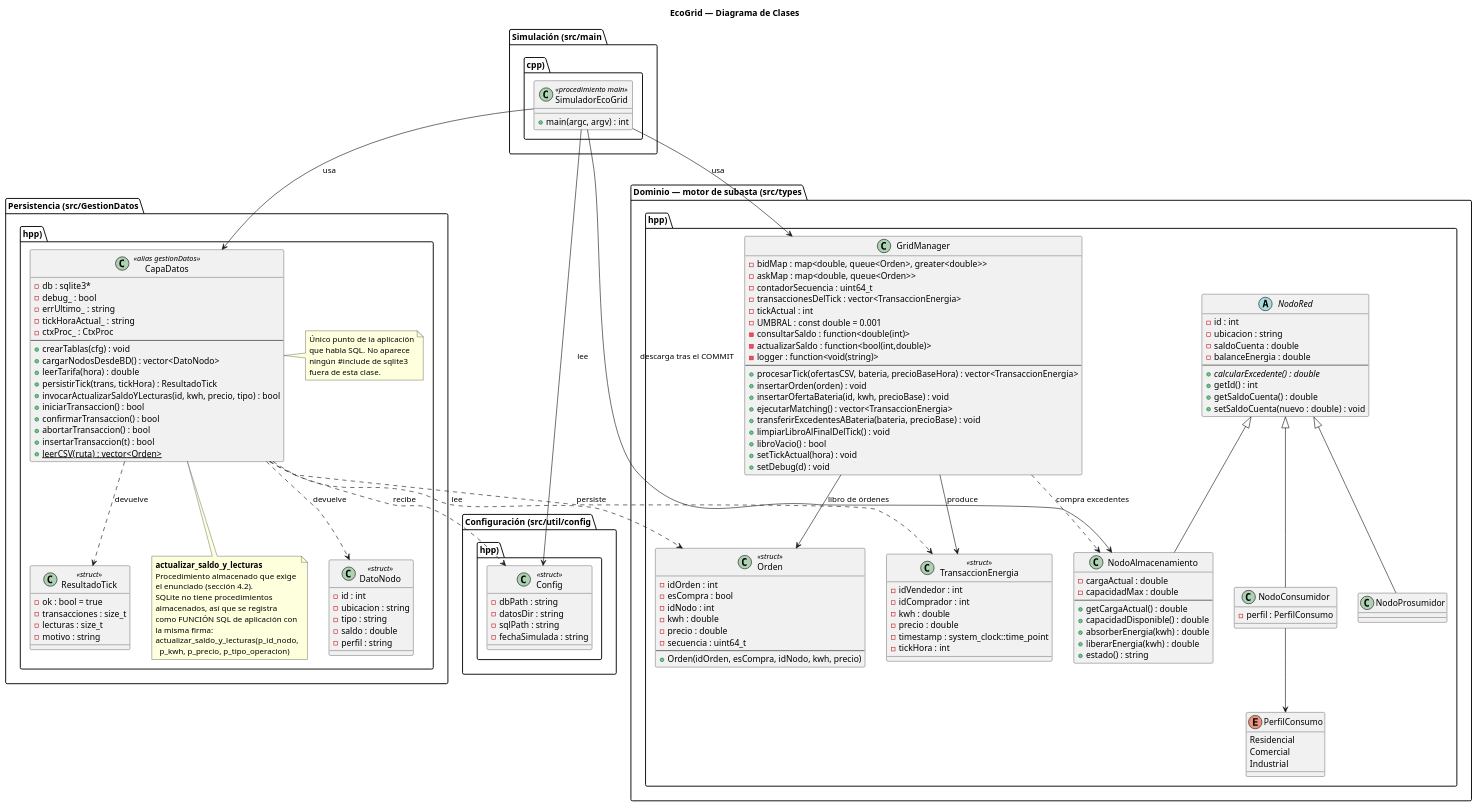
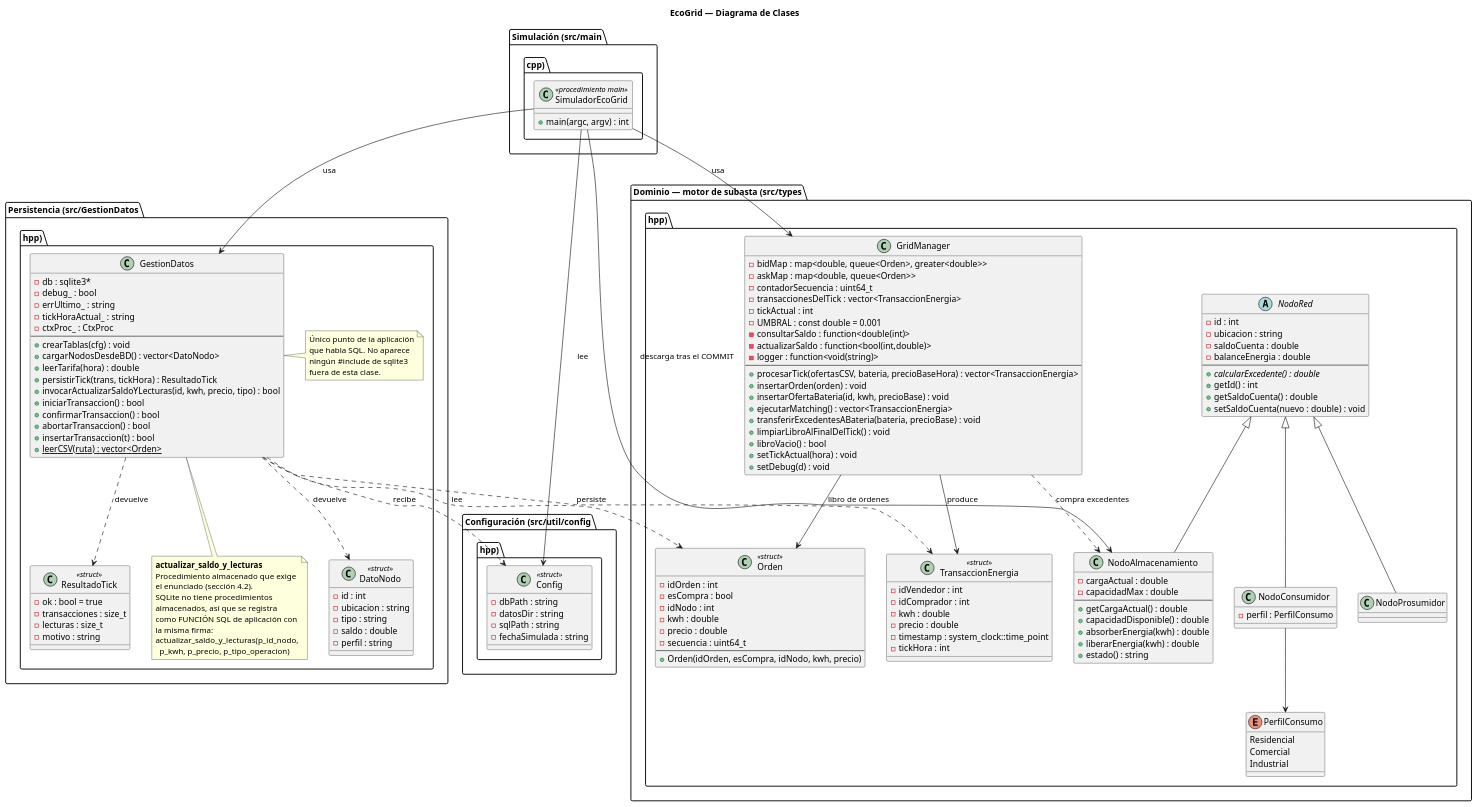
Before and after one commit to alepiumetti/trabajo-final-doo-2026: the diagram in docs/diagrama_clases.puml, drawn with PlantUML. The commit also changed 8 other files, not shown here.

```diff
--- a/docs/diagrama_clases.puml
+++ b/docs/diagrama_clases.puml
@@ -1,189 +1,189 @@
 @startuml diagrama_clases
 ' ============================================================
 ' EcoGrid - Diagrama de clases (UML)
 '
 ' Fuente de verdad: los .puml de este directorio. Para renderizar:
 '     ./docs/render.sh          (necesita plantuml + graphviz)
 ' o el servidor público de PlantUML.
 '
 ' Cubre las tres capas del enunciado:
 '   - Dominio / motor de subasta  (src/types.hpp)
 '   - Persistencia               (src/GestionDatos.hpp)
 '   - Configuración              (src/util/config.hpp)
 ' ============================================================
 
 title EcoGrid — Diagrama de Clases
 
 package "Dominio — motor de subasta (src/types.hpp)" {
 
   class Orden <<struct>> {
     - idOrden : int
     - esCompra : bool
     - idNodo : int
     - kwh : double
     - precio : double
     - secuencia : uint64_t
     --
     + Orden(idOrden, esCompra, idNodo, kwh, precio)
   }
 
   abstract class NodoRed {
     - id : int
     - ubicacion : string
     - saldoCuenta : double
     - balanceEnergia : double
     --
     + {abstract} calcularExcedente() : double
     + getId() : int
     + getSaldoCuenta() : double
     + setSaldoCuenta(nuevo : double) : void
   }
 
   class NodoConsumidor {
     - perfil : PerfilConsumo
   }
 
   class NodoProsumidor {
   }
 
   class NodoAlmacenamiento {
     - cargaActual : double
     - capacidadMax : double
     --
     + getCargaActual() : double
     + capacidadDisponible() : double
     + absorberEnergia(kwh) : double
     + liberarEnergia(kwh) : double
     + estado() : string
   }
 
   enum PerfilConsumo {
     Residencial
     Comercial
     Industrial
   }
 
   class TransaccionEnergia <<struct>> {
     - idVendedor : int
     - idComprador : int
     - kwh : double
     - precio : double
     - timestamp : system_clock::time_point
     - tickHora : int
   }
 
   class GridManager {
     - bidMap : map<double, queue<Orden>, greater<double>>
     - askMap : map<double, queue<Orden>>
     - contadorSecuencia : uint64_t
     - transaccionesDelTick : vector<TransaccionEnergia>
     - tickActual : int
     - UMBRAL : const double = 0.001
     - consultarSaldo : function<double(int)>
     - actualizarSaldo : function<bool(int,double)>
     - logger : function<void(string)>
     --
     + procesarTick(ofertasCSV, bateria, precioBaseHora) : vector<TransaccionEnergia>
     + insertarOrden(orden) : void
     + insertarOfertaBateria(id, kwh, precioBase) : void
     + ejecutarMatching() : vector<TransaccionEnergia>
     + transferirExcedentesABateria(bateria, precioBase) : void
     + limpiarLibroAlFinalDelTick() : void
     + libroVacio() : bool
     + setTickActual(hora) : void
     + setDebug(d) : void
   }
 
   NodoRed <|-- NodoConsumidor
   NodoRed <|-- NodoProsumidor
   NodoRed <|-- NodoAlmacenamiento
   NodoConsumidor --> PerfilConsumo
   GridManager --> TransaccionEnergia : produce
   GridManager --> Orden : libro de órdenes
   GridManager ..> NodoAlmacenamiento : compra excedentes
 }
 
 package "Persistencia (src/GestionDatos.hpp)" {
 
-  class CapaDatos <<alias gestionDatos>> {
+  class GestionDatos {
     - db : sqlite3*
     - debug_ : bool
     - errUltimo_ : string
     - tickHoraActual_ : string
     - ctxProc_ : CtxProc
     --
     + crearTablas(cfg) : void
     + cargarNodosDesdeBD() : vector<DatoNodo>
     + leerTarifa(hora) : double
     + persistirTick(trans, tickHora) : ResultadoTick
     + invocarActualizarSaldoYLecturas(id, kwh, precio, tipo) : bool
     + iniciarTransaccion() : bool
     + confirmarTransaccion() : bool
     + abortarTransaccion() : bool
     + insertarTransaccion(t) : bool
     + {static} leerCSV(ruta) : vector<Orden>
   }
 
   class DatoNodo <<struct>> {
     - id : int
     - ubicacion : string
     - tipo : string
     - saldo : double
     - perfil : string
   }
 
   class ResultadoTick <<struct>> {
     - ok : bool = true
     - transacciones : size_t
     - lecturas : size_t
     - motivo : string
   }
 
-  note right of CapaDatos
+  note right of GestionDatos
     Único punto de la aplicación
     que habla SQL. No aparece
     ningún #include de sqlite3
     fuera de esta clase.
   end note
 
-  note bottom of CapaDatos
+  note bottom of GestionDatos
     <b>actualizar_saldo_y_lecturas</b>
     Procedimiento almacenado que exige
     el enunciado (sección 4.2).
     SQLite no tiene procedimientos
     almacenados, así que se registra
     como FUNCIÓN SQL de aplicación con
     la misma firma:
     actualizar_saldo_y_lecturas(p_id_nodo,
       p_kwh, p_precio, p_tipo_operacion)
   end note
 
-  CapaDatos ..> ResultadoTick : devuelve
-  CapaDatos ..> DatoNodo : devuelve
-  CapaDatos ..> Orden : lee
+  GestionDatos ..> ResultadoTick : devuelve
+  GestionDatos ..> DatoNodo : devuelve
+  GestionDatos ..> Orden : lee
 }
 
 package "Configuración (src/util/config.hpp)" {
   class Config <<struct>> {
     - dbPath : string
     - datosDir : string
     - sqlPath : string
     - fechaSimulada : string
   }
 }
 
 package "Simulación (src/main.cpp)" {
   class SimuladorEcoGrid <<procedimiento main>> {
     + main(argc, argv) : int
   }
 }
 
 ' ---- Relaciones entre capas ----
 SimuladorEcoGrid --> GridManager : usa
-SimuladorEcoGrid --> CapaDatos : usa
+SimuladorEcoGrid --> GestionDatos : usa
 SimuladorEcoGrid --> Config : lee
 SimuladorEcoGrid --> NodoAlmacenamiento : descarga tras el COMMIT
-CapaDatos ..> TransaccionEnergia : persiste
-CapaDatos ..> Config : recibe
+GestionDatos ..> TransaccionEnergia : persiste
+GestionDatos ..> Config : recibe
 
 @enduml
```
